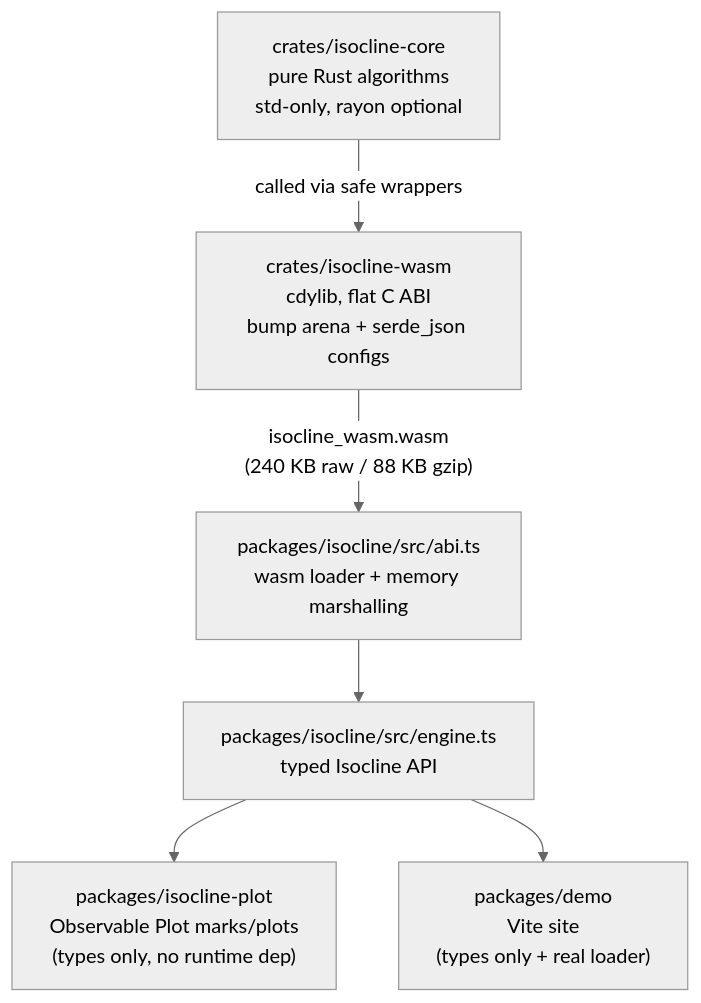
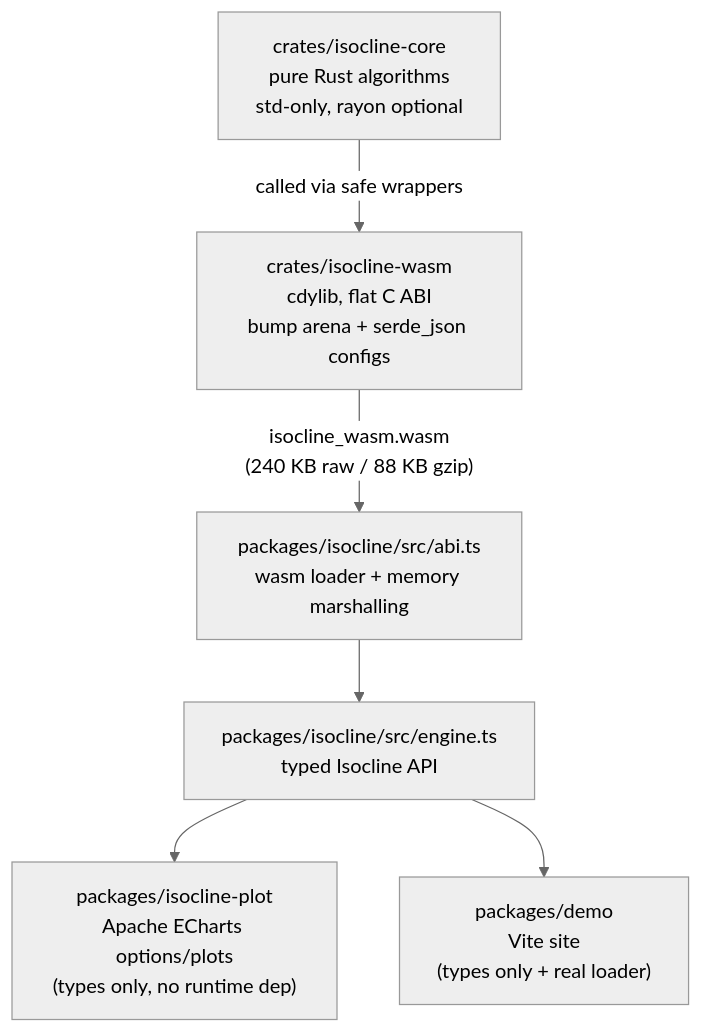
One commit to DanielMcSheehy/isocline changed the diagram in docs/ARCHITECTURE.md. Above: the diagram before and after it, drawn with Mermaid (neutral theme). The commit also changed 48 other files, not shown here.

First line of the commit message:
switch isocline-plot to ECharts, add anomaly explanations, lookback windows and detect()

````diff
--- a/docs/ARCHITECTURE.md
+++ b/docs/ARCHITECTURE.md
@@ -8,15 +8,15 @@
 ```mermaid
 flowchart TD
     A["crates/isocline-core<br/>pure Rust algorithms<br/>std-only, rayon optional"]
     B["crates/isocline-wasm<br/>cdylib, flat C ABI<br/>bump arena + serde_json configs"]
     C["packages/isocline/src/abi.ts<br/>wasm loader + memory marshalling"]
     D["packages/isocline/src/engine.ts<br/>typed Isocline API"]
-    E1["packages/isocline-plot<br/>Observable Plot marks/plots<br/>(types only, no runtime dep)"]
+    E1["packages/isocline-plot<br/>Apache ECharts options/plots<br/>(types only, no runtime dep)"]
     E2["packages/demo<br/>Vite site<br/>(types only + real loader)"]
 
     A -->|"called via safe wrappers"| B
     B -->|"isocline_wasm.wasm<br/>(240 KB raw / 88 KB gzip)"| C
     C --> D
     D --> E1
     D --> E2
 ```
````
